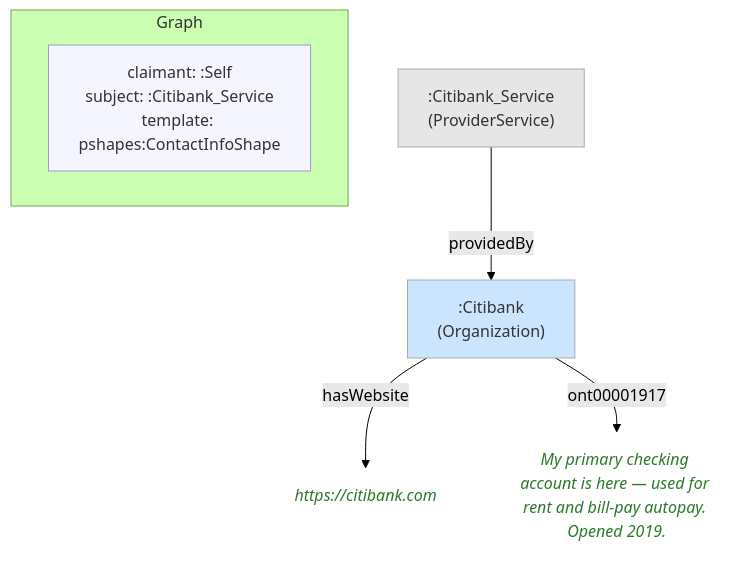
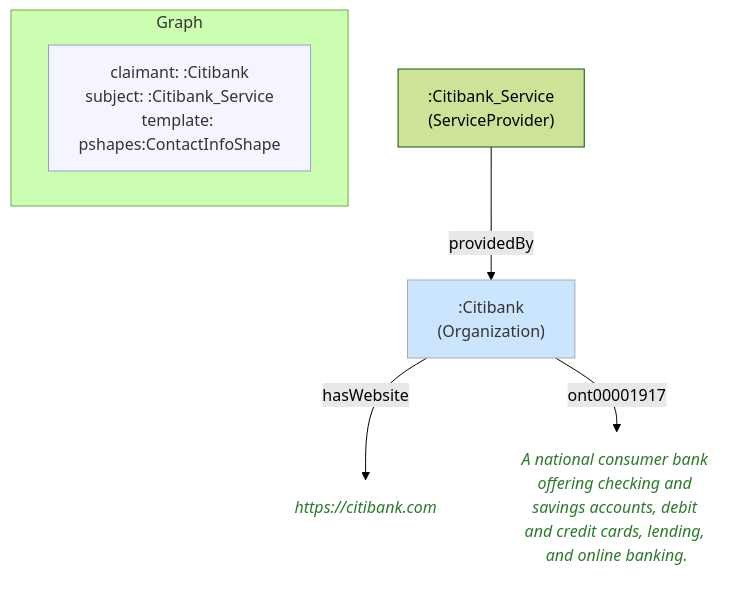
Before and after one commit to MeeFoundation/mia-ontologies: the diagram in example/graphs/images/graph-27.mmd, drawn with Mermaid (forest theme). The commit also changed 8 other files, not shown here.

First line of the commit message:
Graph 27: Citibank claims its own member entry

```diff
--- a/example/graphs/images/graph-27.mmd
+++ b/example/graphs/images/graph-27.mmd
@@ -1,20 +1,20 @@
 flowchart TD
     classDef person fill:#fffacd,stroke:#aaa,color:#333
     classDef org    fill:#cce5ff,stroke:#aaa,color:#333
     classDef service fill:#e6e6e6,stroke:#aaa,color:#333
     classDef lit    fill:none,stroke:none,font-style:italic,color:#2a7a2a
     classDef meta   fill:#f5f5ff,stroke:#9999cc,color:#333
 
     subgraph ctx["Graph"]
         direction LR
-        ctx_meta["claimant: :Self\nsubject: :Citibank_Service\ntemplate: pshapes:ContactInfoShape"]:::meta
+        ctx_meta["claimant: :Citibank\nsubject: :Citibank_Service\ntemplate: pshapes:ContactInfoShape"]:::meta
     end
 
     n0415a88486d3[":Citibank\n(Organization)"]:::org
     n53e51b30af9b("https://citibank.com"):::lit
-    n456862ee70c2("My primary checking account is here — used for rent and bill-pay autopay. Opened 2019."):::lit
-    n228242fe6160[":Citibank_Service\n(ProviderService)"]:::service
+    ne0c296b4935a("A national consumer bank offering checking and savings accounts, debit and credit cards, lending, and online banking."):::lit
+    n228242fe6160[":Citibank_Service\n(ServiceProvider)"]
 
     n0415a88486d3 -->|"hasWebsite"| n53e51b30af9b
-    n0415a88486d3 -->|"ont00001917"| n456862ee70c2
+    n0415a88486d3 -->|"ont00001917"| ne0c296b4935a
     n228242fe6160 -->|"providedBy"| n0415a88486d3
```
